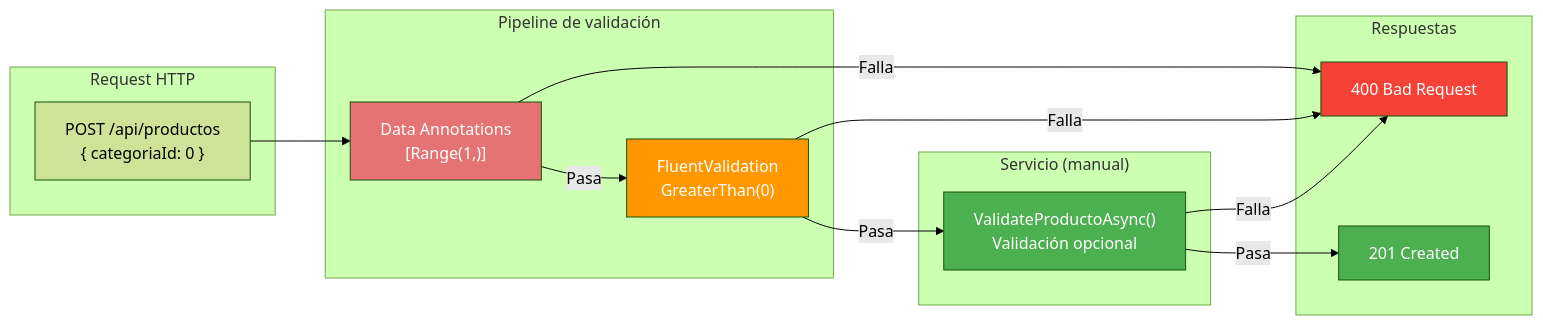
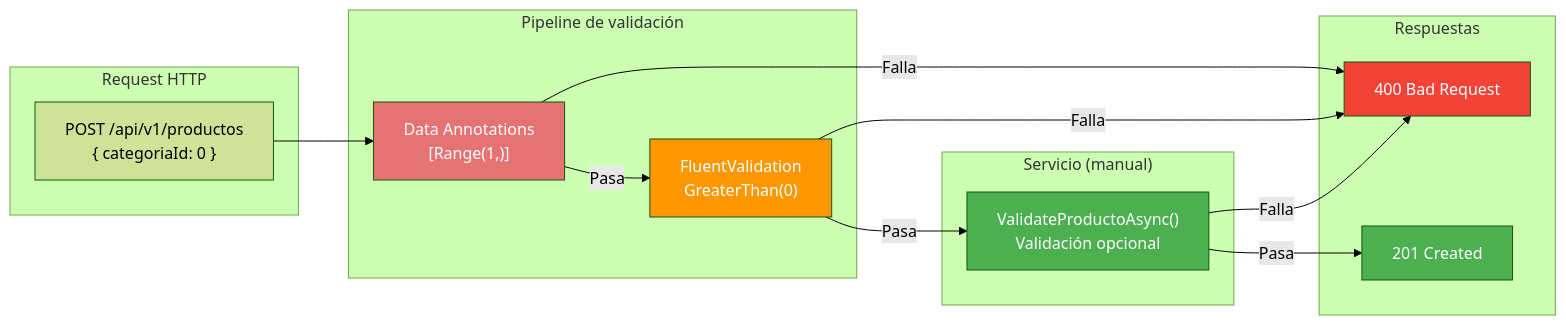
The third of 4 diagrams in doc/05-validacion-cascada.md (joseluisgs/TiendaDawApi-NetCore), drawn with Mermaid (forest theme) before and after one commit. The commit also changed other lines of this file and 237 other files, not shown here.

````diff
--- a/doc/05-validacion-cascada.md
+++ b/doc/05-validacion-cascada.md
@@ -438,34 +439,34 @@
 ```mermaid
 flowchart LR
     subgraph Request["Request HTTP"]
-        R["POST /api/productos<br/>{ categoriaId: 0 }"]
+        R["POST /api/v1/productos<br/>{ categoriaId: 0 }"]
     end
     
     subgraph Pipeline["Pipeline de validación"]
         DA["Data Annotations<br/>[Range(1,)]"]
         FV["FluentValidation<br/>GreaterThan(0)"]
     end
     
     subgraph Service["Servicio (manual)"]
         SM["ValidateProductoAsync()<br/>Validación opcional"]
     end
     
     subgraph Respuestas
         E400["400 Bad Request"]
         E201["201 Created"]
     end
     
     R --> DA
     DA -->|Falla| E400
     DA -->|Pasa| FV
     FV -->|Falla| E400
     FV -->|Pasa| SM
     SM -->|Falla| E400
     SM -->|Pasa| E201
     
     style DA fill:#E57373,color:#fff
     style FV fill:#FF9800,color:#fff
     style SM fill:#4CAF50,color:#fff
     style E400 fill:#f44336,color:#fff
     style E201 fill:#4CAF50,color:#fff
 ```
````
